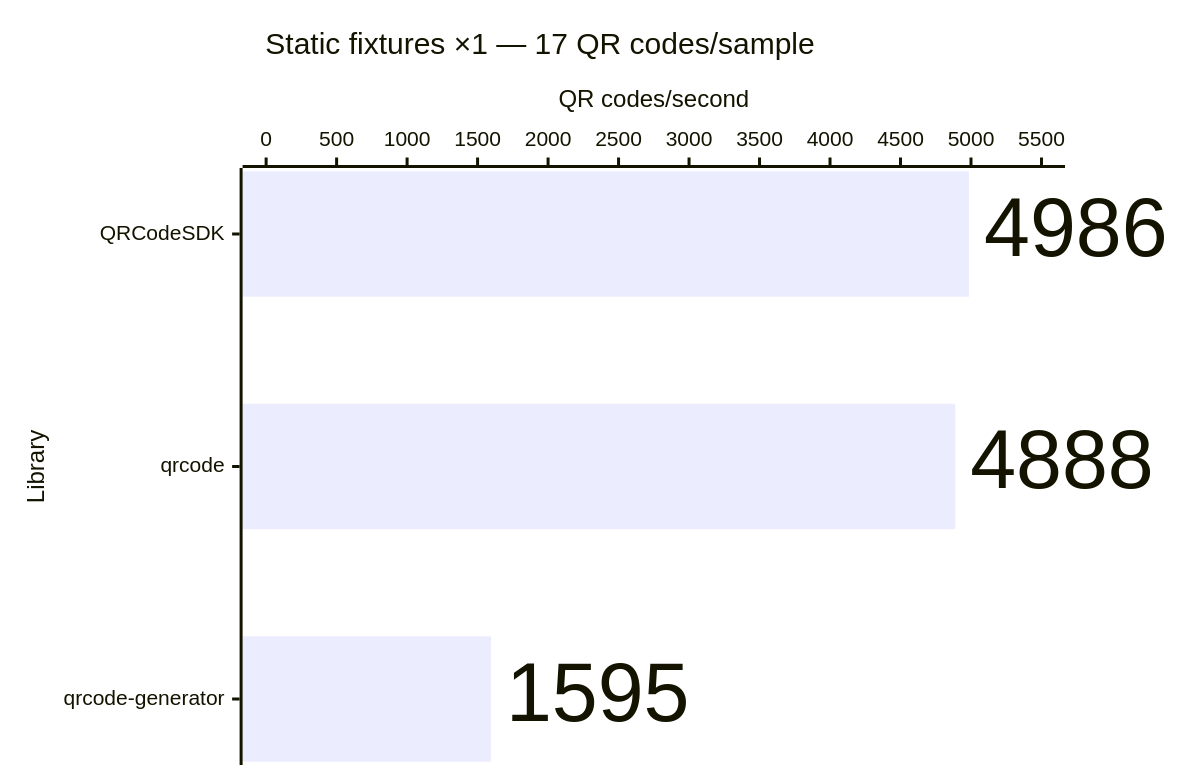
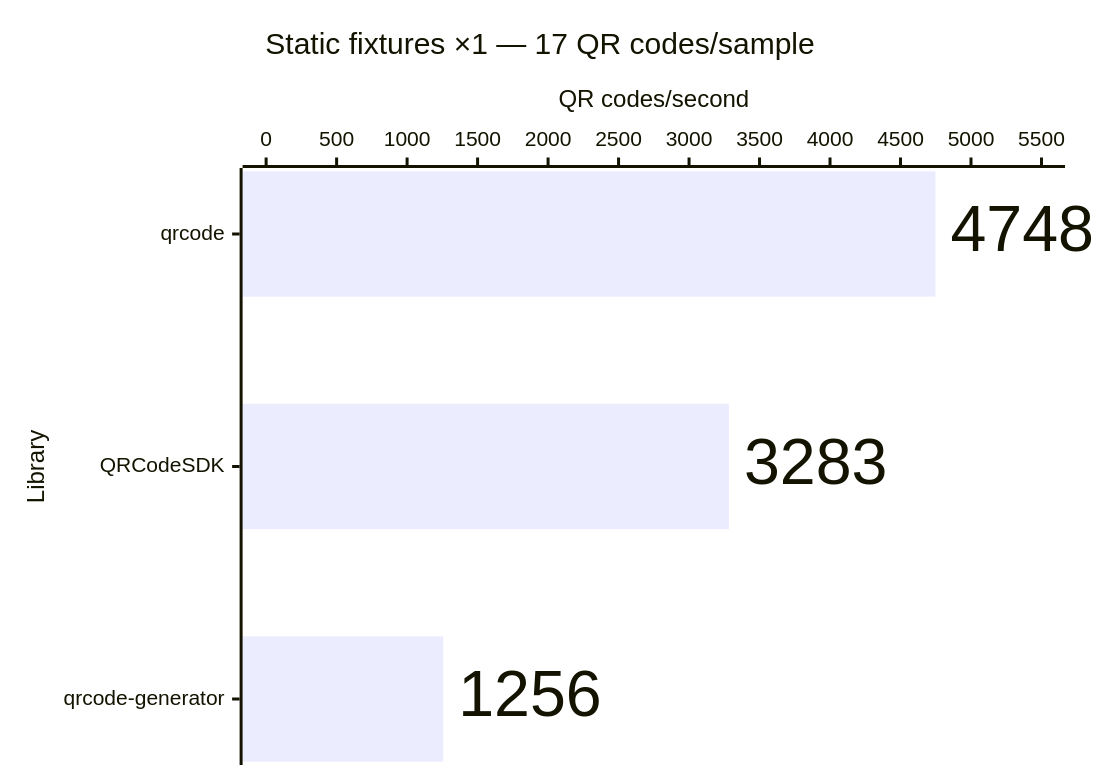
The eighth of 14 diagrams in apps/docs/src/content/docs/learn/performance.md (Dafnik/qrcodesdk), drawn with Mermaid before and after one commit. The commit also changed other lines of this file and 75 other files, not shown here.

````diff
--- a/apps/docs/src/content/docs/learn/performance.md
+++ b/apps/docs/src/content/docs/learn/performance.md
@@ -182,15 +182,15 @@
 ```mermaid
 ---
 config:
   xyChart:
     showDataLabel: true
     showDataLabelOutsideBar: true
 ---
 xychart horizontal
   accTitle: SVG generation: Static fixtures ×1 — 17 QR codes/sample
-  accDescr: Throughput calculated from median time. QRCodeSDK 4,986 QR codes per second, qrcode 4,888 QR codes per second, qrcode-generator 1,595 QR codes per second. Higher is better.
+  accDescr: Throughput calculated from median time. qrcode 4,748 QR codes per second, QRCodeSDK 3,283 QR codes per second, qrcode-generator 1,256 QR codes per second. Higher is better.
   title "Static fixtures ×1 — 17 QR codes/sample"
-  x-axis "Library" ["QRCodeSDK", "qrcode", "qrcode-generator"]
+  x-axis "Library" ["qrcode", "QRCodeSDK", "qrcode-generator"]
   y-axis "QR codes/second" 0 --> 5500
-  bar [4986, 4888, 1595]
+  bar [4748, 3283, 1256]
 ```
````
